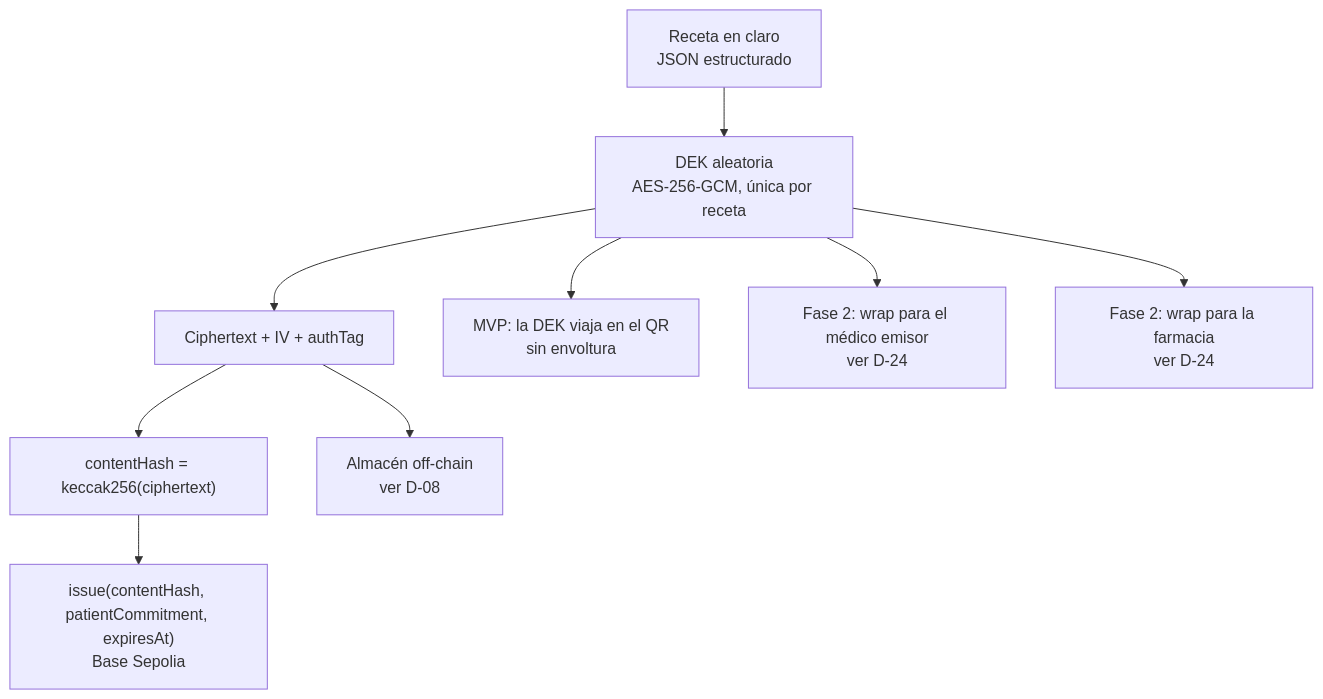
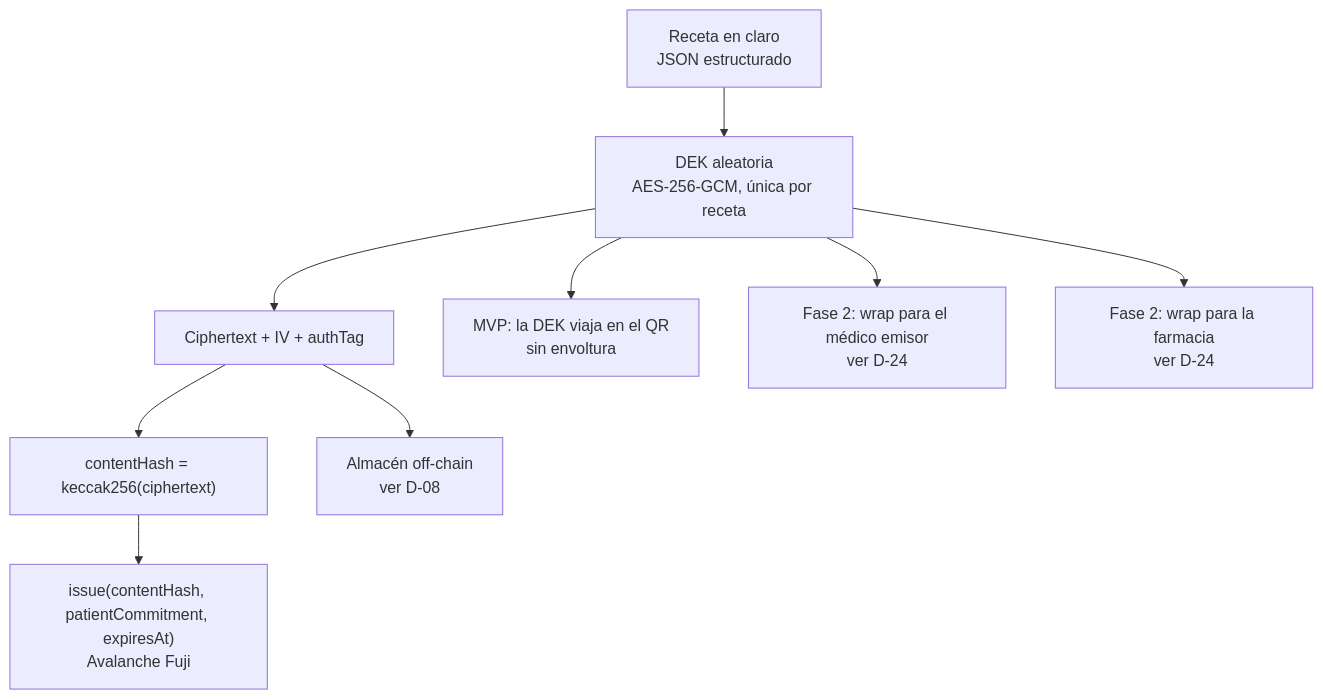
Before and after one commit to abrereflo/proyecto_recetas: the first of 4 diagrams in docs/05-almacenamiento-y-cifrado.md, drawn with Mermaid. The commit also changed 15 other files, not shown here.

First line of the commit message:
docs: align the planning documents with Avalanche Fuji and the verified status

````diff
--- a/docs/05-almacenamiento-y-cifrado.md
+++ b/docs/05-almacenamiento-y-cifrado.md
@@ -45,17 +45,17 @@
 ```mermaid
 flowchart TB
     Doc["Receta en claro<br/>JSON estructurado"]
     DEK["DEK aleatoria<br/>AES-256-GCM, única por receta"]
     Cipher["Ciphertext + IV + authTag"]
     Hash["contentHash = keccak256(ciphertext)"]
 
     Doc --> DEK
     DEK --> Cipher
     Cipher --> Hash
-    Hash --> Chain["issue(contentHash, patientCommitment, expiresAt)<br/>Base Sepolia"]
+    Hash --> Chain["issue(contentHash, patientCommitment, expiresAt)<br/>Avalanche Fuji"]
     Cipher --> Store["Almacén off-chain<br/>ver D-08"]
 
     DEK --> W1["MVP: la DEK viaja en el QR<br/>sin envoltura"]
     DEK --> W2["Fase 2: wrap para el médico emisor<br/>ver D-24"]
     DEK --> W3["Fase 2: wrap para la farmacia<br/>ver D-24"]
 ```
````
